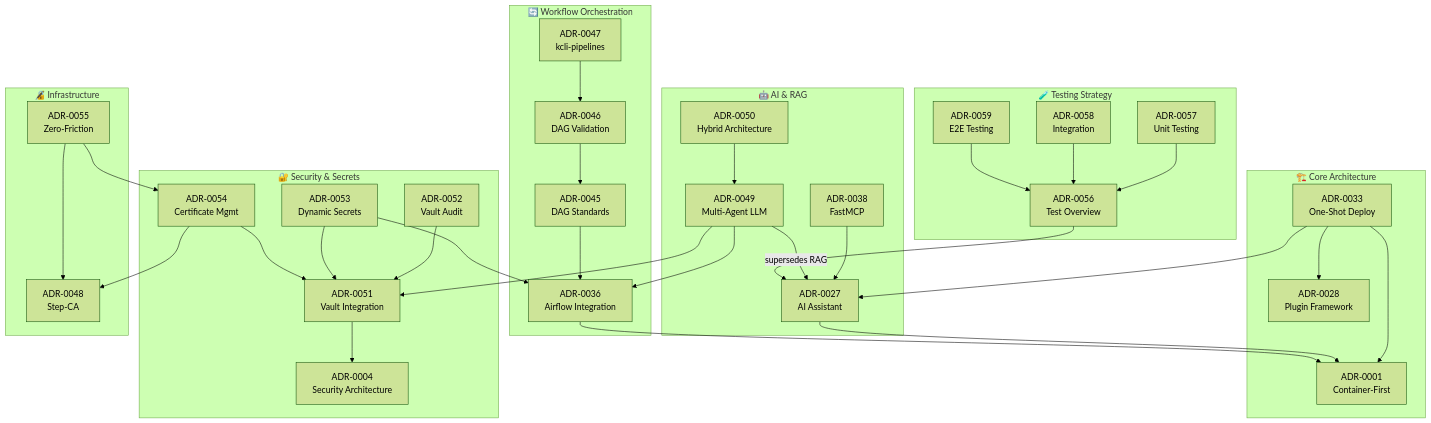
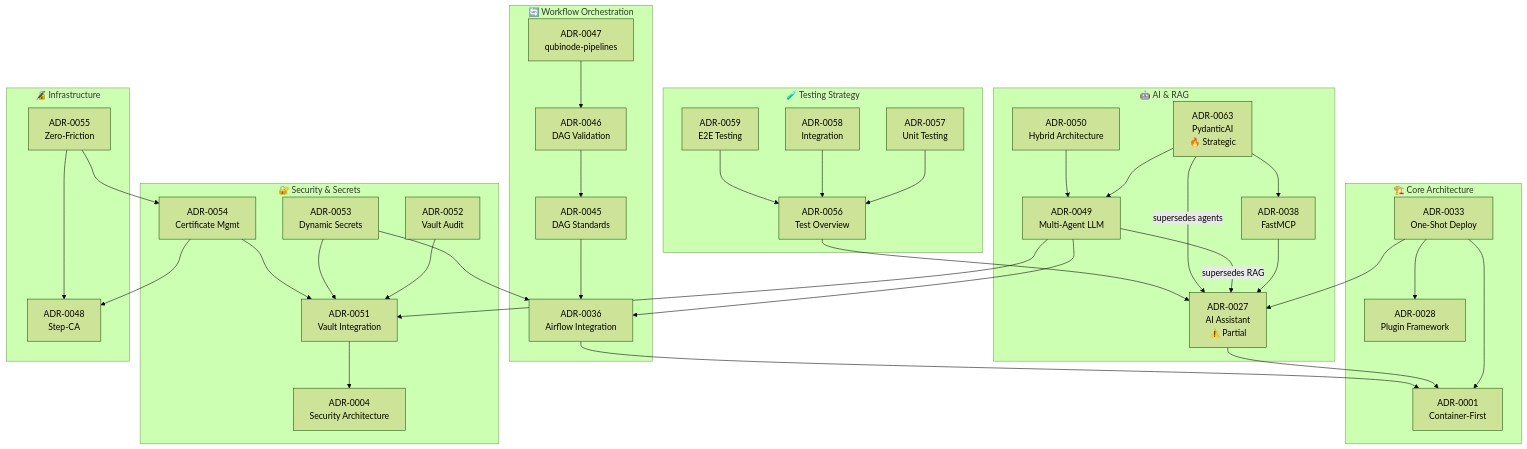
One commit to tosin2013/qubinode_navigator changed the first of 2 diagrams in docs/adrs/ADR-INDEX.md. Above: the diagram before and after it, drawn with Mermaid (forest theme). The commit also changed other lines of this file and 3 other files, not shown here.

First line of the commit message:
feat(e2e): Add PydanticAI model config and E2E testing support (ADR-0067)

```diff
--- a/docs/adrs/ADR-INDEX.md
+++ b/docs/adrs/ADR-INDEX.md
@@ -128,17 +157,18 @@
     end
 
     subgraph AI["🤖 AI & RAG"]
-        ADR0027[ADR-0027<br/>AI Assistant]
+        ADR0027[ADR-0027<br/>AI Assistant<br/>⚠️ Partial]
         ADR0038[ADR-0038<br/>FastMCP]
         ADR0049[ADR-0049<br/>Multi-Agent LLM]
         ADR0050[ADR-0050<br/>Hybrid Architecture]
+        ADR0063[ADR-0063<br/>PydanticAI<br/>🔥 Strategic]
     end
 
     subgraph Airflow["🔄 Workflow Orchestration"]
         ADR0036[ADR-0036<br/>Airflow Integration]
         ADR0045[ADR-0045<br/>DAG Standards]
         ADR0046[ADR-0046<br/>DAG Validation]
-        ADR0047[ADR-0047<br/>kcli-pipelines]
+        ADR0047[ADR-0047<br/>qubinode-pipelines]
     end
 
     subgraph Security["🔐 Security & Secrets"]
@@ -170,6 +200,9 @@
     ADR0027 --> ADR0001
     ADR0038 --> ADR0027
     ADR0049 -->|supersedes RAG| ADR0027
+    ADR0063 -->|supersedes agents| ADR0027
+    ADR0063 --> ADR0049
+    ADR0063 --> ADR0038
     ADR0050 --> ADR0049
     ADR0049 --> ADR0036
 
```
